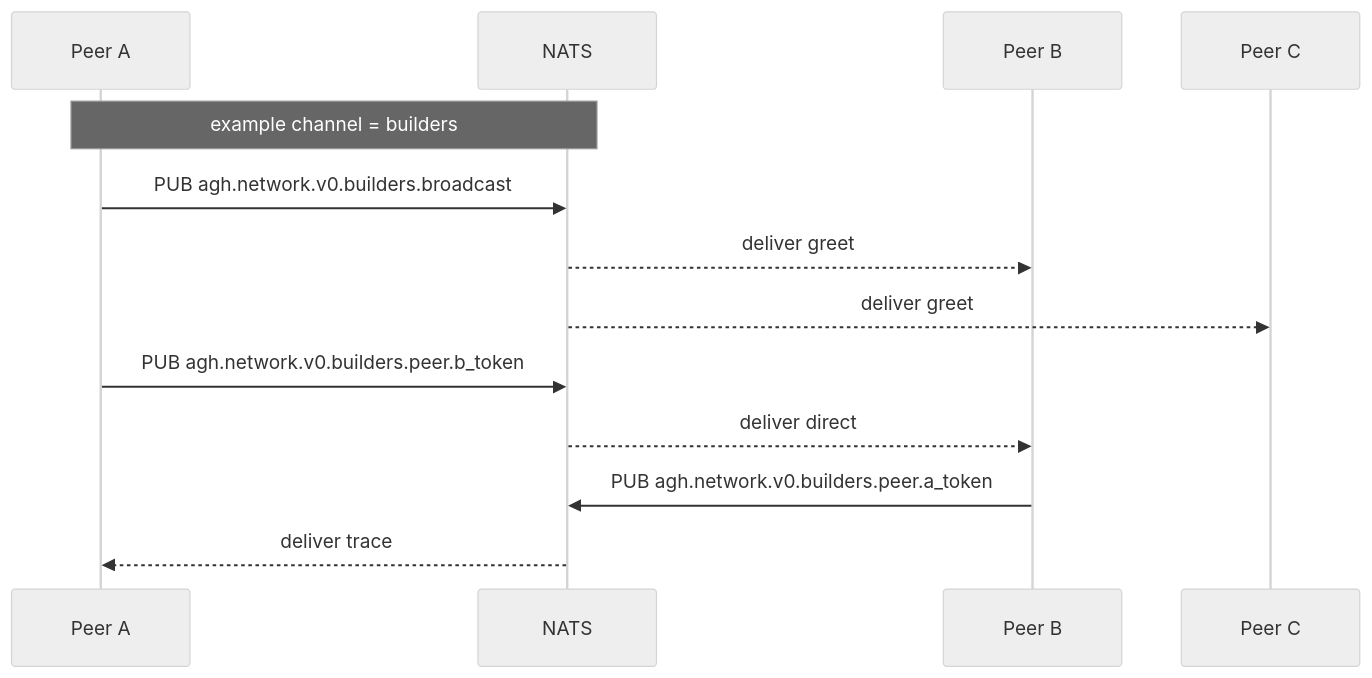
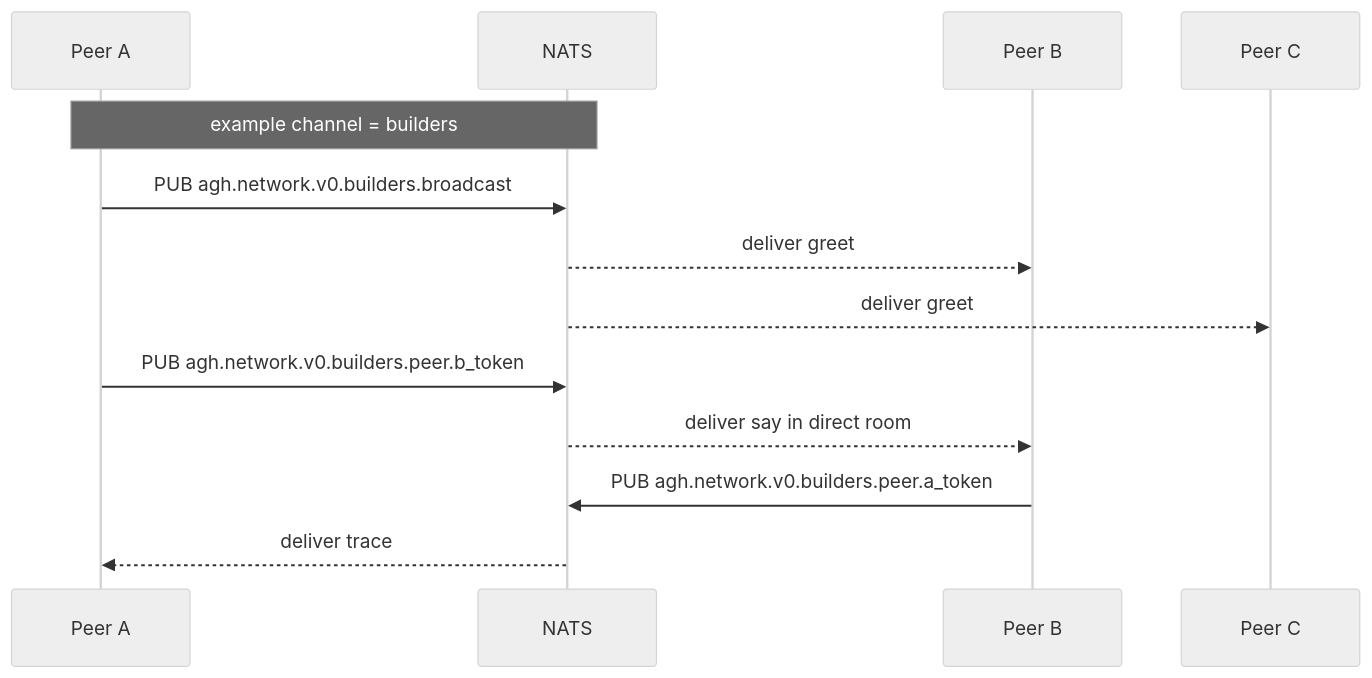
The fifth of 7 diagrams in docs/rfcs/003_agh-network-v0.md (compozy/agh), drawn with Mermaid (neutral theme) before and after one commit. The commit also changed other lines of this file and 3 other files, not shown here.

````diff
--- a/docs/rfcs/003_agh-network-v0.md
+++ b/docs/rfcs/003_agh-network-v0.md
@@ -875,18 +882,18 @@
 ```mermaid
 sequenceDiagram
     participant A as Peer A
     participant NATS as NATS
     participant B as Peer B
     participant C as Peer C
 
     Note over A,NATS: example channel = builders
     A->>NATS: PUB agh.network.v0.builders.broadcast
     NATS-->>B: deliver greet
     NATS-->>C: deliver greet
 
     A->>NATS: PUB agh.network.v0.builders.peer.b_token
-    NATS-->>B: deliver direct
+    NATS-->>B: deliver say in direct room
 
     B->>NATS: PUB agh.network.v0.builders.peer.a_token
     NATS-->>A: deliver trace
 ```
````
